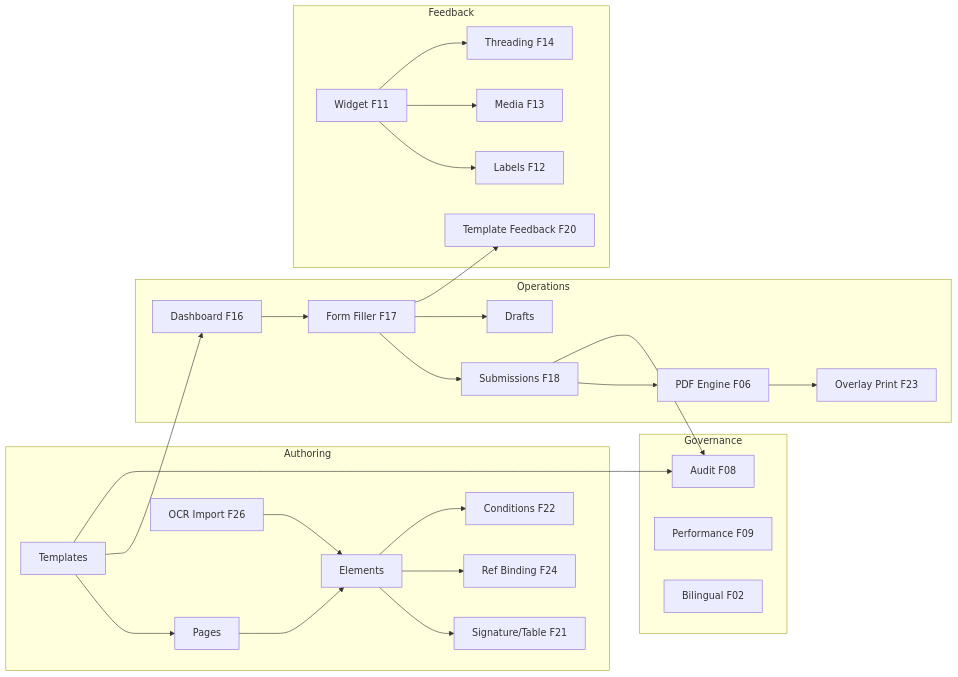
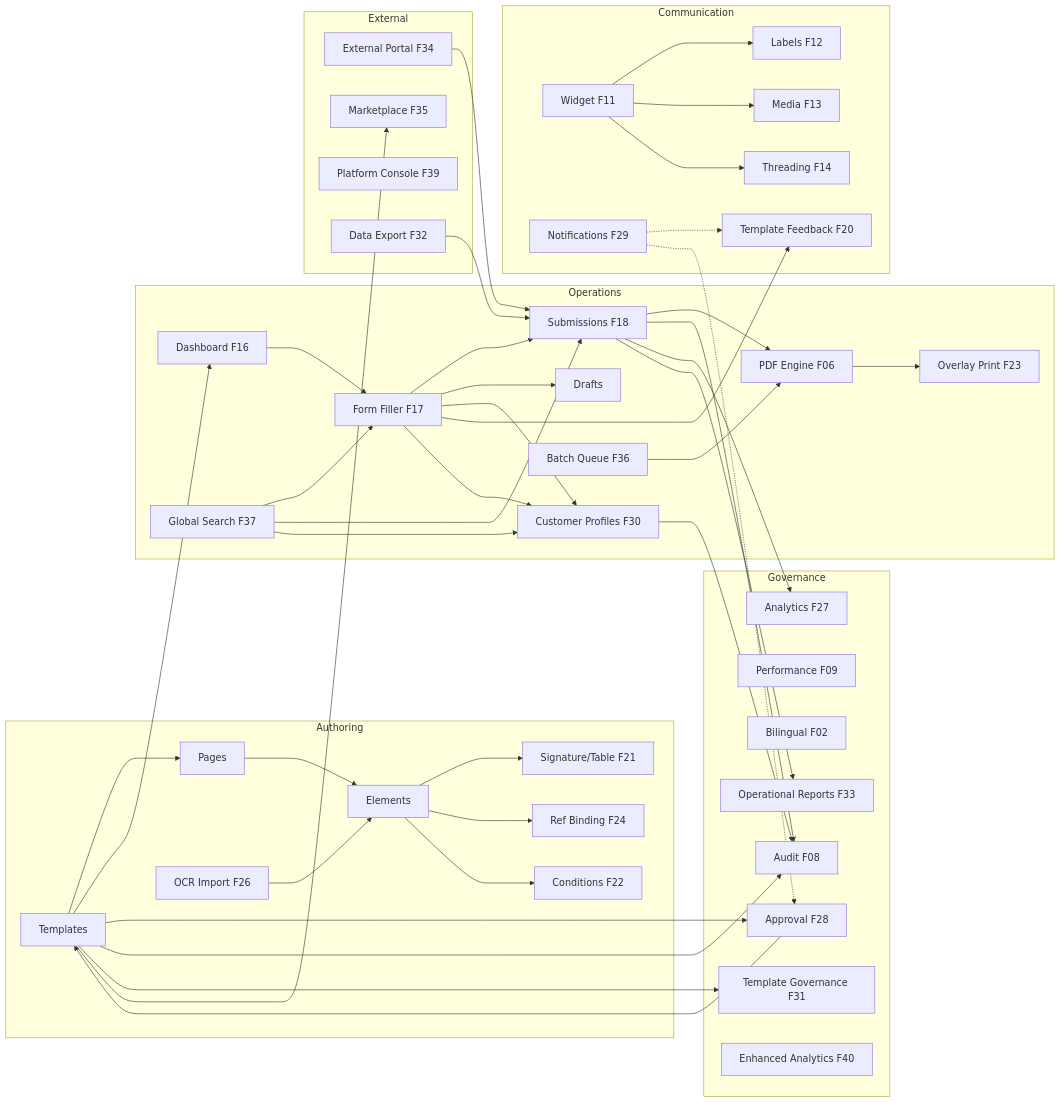
Before and after one commit to YasserHosny/FormCraft: the second of 2 diagrams in docs/flows/comprehensive-flow.md, drawn with Mermaid. The commit also changed other lines of this file and 13 other files, not shown here.

````diff
--- a/docs/flows/comprehensive-flow.md
+++ b/docs/flows/comprehensive-flow.md
@@ -473,36 +3234,63 @@
 ```mermaid
 flowchart LR
     subgraph "Authoring"
         T[Templates] --> P[Pages] --> E[Elements]
         E --> S[Signature/Table F21]
         E --> R[Ref Binding F24]
         E --> V[Conditions F22]
         OCR[OCR Import F26] --> E
     end
 
     subgraph "Operations"
         D[Dashboard F16] --> FF[Form Filler F17]
         FF --> Sub[Submissions F18]
         FF --> Dr[Drafts]
+        FF --> CP[Customer Profiles F30]
         Sub --> PDF[PDF Engine F06]
         PDF --> OV[Overlay Print F23]
+        BQ[Batch Queue F36] --> PDF
+        GS[Global Search F37] --> FF & Sub & CP
     end
 
-    subgraph "Feedback"
+    subgraph "Communication"
         FW[Widget F11] --> Lab[Labels F12]
         FW --> Med[Media F13]
         FW --> Th[Threading F14]
         TF[Template Feedback F20]
+        NC[Notifications F29]
     end
 
     subgraph "Governance"
         Au[Audit F08]
         Perf[Performance F09]
         i18n[Bilingual F02]
+        An[Analytics F27]
+        AW[Approval F28]
+        TG[Template Governance F31]
+        OR[Operational Reports F33]
+        EA[Enhanced Analytics F40]
+    end
+
+    subgraph "External"
+        EP[External Portal F34]
+        MP[Marketplace F35]
+        PC[Platform Console F39]
+        DX[Data Export F32]
     end
 
     T --> D
+    T --> AW
+    AW --> T
     FF --> TF
+    FF --> CP
     Sub --> Au
+    Sub --> An
+    Sub --> OR
     T --> Au
+    T --> TG
+    T --> MP
+    CP --> Au
+    NC -.-> TF & AW
+    EP --> Sub
+    DX --> Sub
 ```
````
